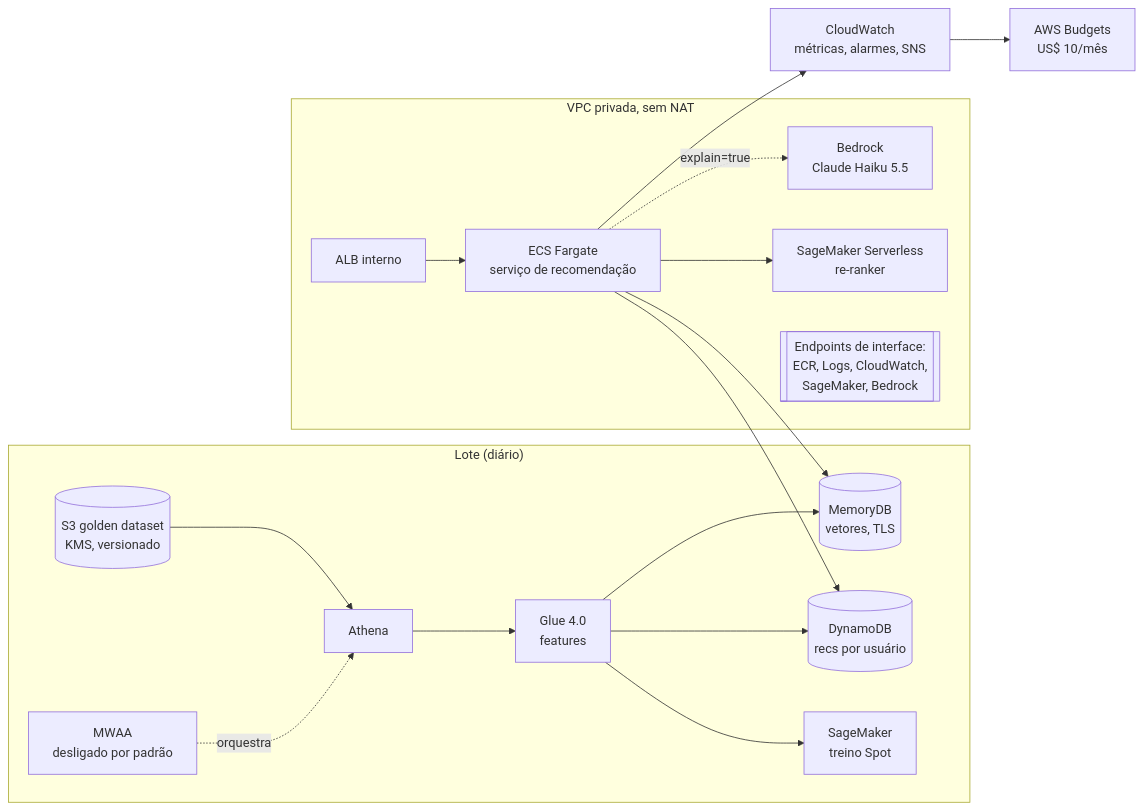
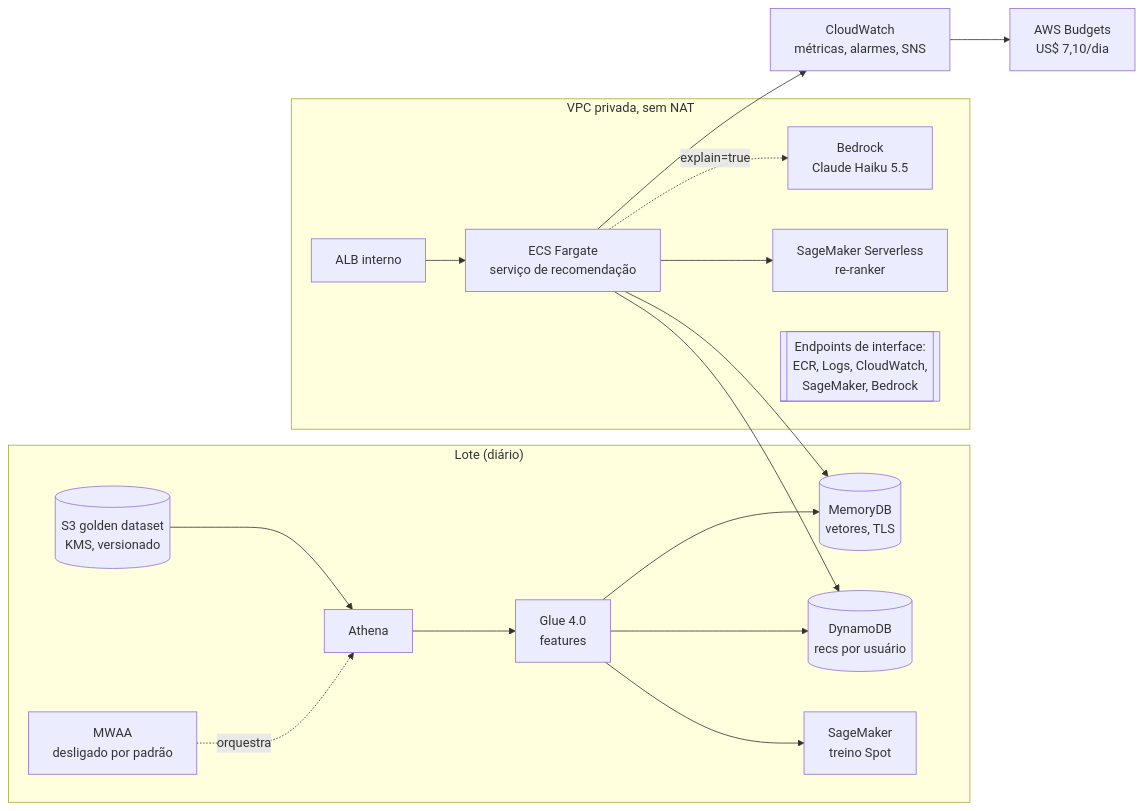
One commit to MarcosRibeiroJesus/pos-engenharia-ia-aplicada-arquitetura changed the diagram in modulos/01-fundamentos-ia-llms/unidades/03-recomendacao/README.md. Above: the diagram before and after it, drawn with Mermaid. The commit also changed other lines of this file and 15 other files, not shown here.

First line of the commit message:
feat(01-recomendacao): T013 AWS Budgets diario com o teto nos tres lugares

````diff
--- a/modulos/01-fundamentos-ia-llms/unidades/03-recomendacao/README.md
+++ b/modulos/01-fundamentos-ia-llms/unidades/03-recomendacao/README.md
@@ -9,19 +9,19 @@
 ```mermaid
 flowchart LR
   subgraph Lote["Lote (diário)"]
     S3[(S3 golden dataset<br/>KMS, versionado)] --> Athena --> Glue[Glue 4.0<br/>features]
     Glue --> Train[SageMaker<br/>treino Spot]
     Glue --> DDB[(DynamoDB<br/>recs por usuário)]
     Glue --> MDB[(MemoryDB<br/>vetores, TLS)]
     MWAA[MWAA<br/>desligado por padrão] -.orquestra.-> Athena
   end
   subgraph VPC["VPC privada, sem NAT"]
     ALB[ALB interno] --> ECS[ECS Fargate<br/>serviço de recomendação]
     ECS --> DDB
     ECS --> MDB
     ECS --> SM[SageMaker Serverless<br/>re-ranker]
     ECS -. explain=true .-> BR[Bedrock<br/>Claude Haiku 5.5]
     EP[[Endpoints de interface:<br/>ECR, Logs, CloudWatch,<br/>SageMaker, Bedrock]]
   end
-  ECS --> CW[CloudWatch<br/>métricas, alarmes, SNS] --> Budget[AWS Budgets<br/>US$ 10/mês]
+  ECS --> CW[CloudWatch<br/>métricas, alarmes, SNS] --> Budget[AWS Budgets<br/>US$ 7,10/dia]
 ```
````
